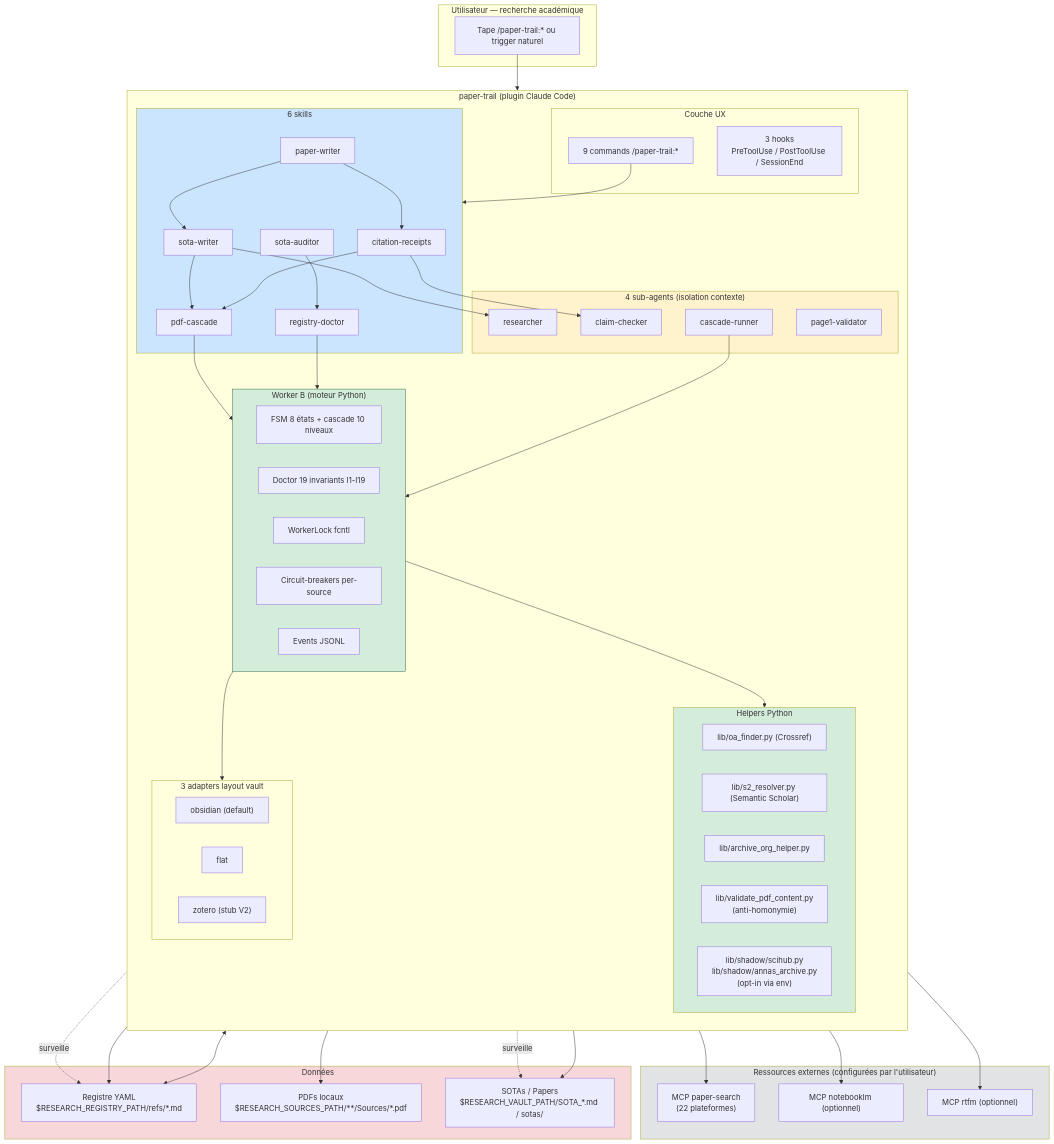
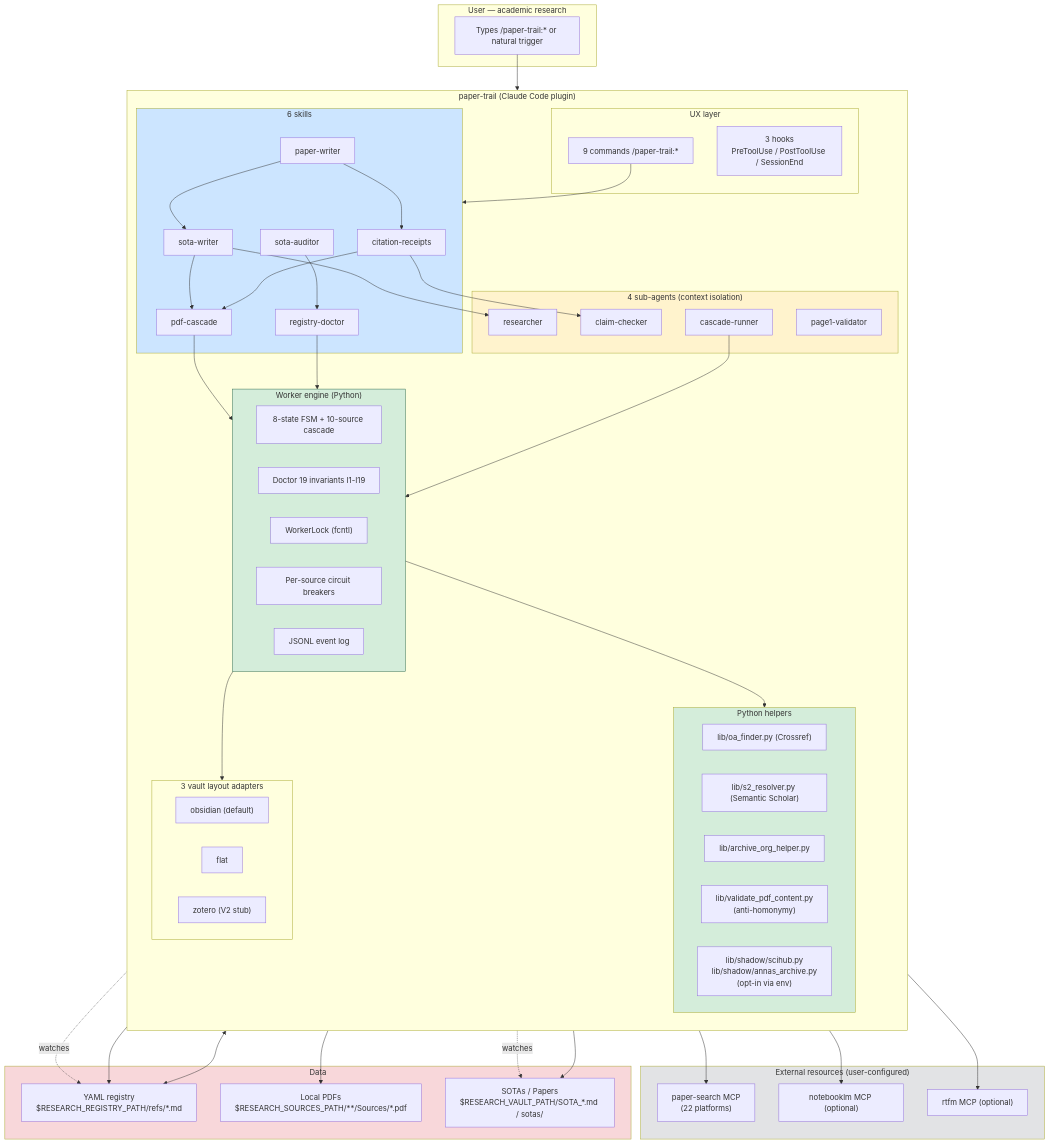
The first of 4 diagrams in docs/ARCHITECTURE.md (roomi-fields/paper-trail), drawn with Mermaid before and after one commit. The commit also changed other lines of this file and 11 other files, not shown here.

````diff
--- a/docs/ARCHITECTURE.md
+++ b/docs/ARCHITECTURE.md
@@ -7,13 +7,13 @@
 ```mermaid
 flowchart TB
-    subgraph User["Utilisateur — recherche académique"]
-        U["Tape /paper-trail:* ou trigger naturel"]
+    subgraph User["User — academic research"]
+        U["Types /paper-trail:* or natural trigger"]
     end
 
-    subgraph Plugin["paper-trail (plugin Claude Code)"]
+    subgraph Plugin["paper-trail (Claude Code plugin)"]
         direction TB
 
-        subgraph UX["Couche UX"]
+        subgraph UX["UX layer"]
             CMD["9 commands /paper-trail:*"]
             HOOKS["3 hooks<br/>PreToolUse / PostToolUse / SessionEnd"]
         end
@@ -27,52 +27,52 @@
             RD["registry-doctor"]
         end
 
-        subgraph Agents["4 sub-agents (isolation contexte)"]
+        subgraph Agents["4 sub-agents (context isolation)"]
             RES["researcher"]
             CC["claim-checker"]
             CR_AGENT["cascade-runner"]
             P1V["page1-validator"]
         end
 
-        subgraph WB["Worker B (moteur Python)"]
-            FSM["FSM 8 états + cascade 10 niveaux"]
+        subgraph WB["Worker engine (Python)"]
+            FSM["8-state FSM + 10-source cascade"]
             DOC["Doctor 19 invariants I1-I19"]
-            LOCK["WorkerLock fcntl"]
-            BREAK["Circuit-breakers per-source"]
-            EVT["Events JSONL"]
+            LOCK["WorkerLock (fcntl)"]
+            BREAK["Per-source circuit breakers"]
+            EVT["JSONL event log"]
         end
 
-        subgraph Lib["Helpers Python"]
+        subgraph Lib["Python helpers"]
             OA["lib/oa_finder.py (Crossref)"]
             S2["lib/s2_resolver.py (Semantic Scholar)"]
             AO["lib/archive_org_helper.py"]
-            VPC["lib/validate_pdf_content.py<br/>(anti-homonymie)"]
+            VPC["lib/validate_pdf_content.py<br/>(anti-homonymy)"]
             SHADOW["lib/shadow/scihub.py<br/>lib/shadow/annas_archive.py<br/>(opt-in via env)"]
         end
 
-        subgraph Adapt["3 adapters layout vault"]
+        subgraph Adapt["3 vault layout adapters"]
             OBS["obsidian (default)"]
             FLAT["flat"]
-            ZOT["zotero (stub V2)"]
+            ZOT["zotero (V2 stub)"]
         end
     end
 
-    subgraph External["Ressources externes (configurées par l'utilisateur)"]
-        MCP_PS["MCP paper-search<br/>(22 plateformes)"]
-        MCP_NB["MCP notebooklm (optionnel)"]
-        MCP_RTFM["MCP rtfm (optionnel)"]
+    subgraph External["External resources (user-configured)"]
+        MCP_PS["paper-search MCP<br/>(22 platforms)"]
+        MCP_NB["notebooklm MCP (optional)"]
+        MCP_RTFM["rtfm MCP (optional)"]
     end
 
-    subgraph Storage["Données"]
-        REG["Registre YAML<br/>$RESEARCH_REGISTRY_PATH/refs/*.md"]
-        PDFS["PDFs locaux<br/>$RESEARCH_SOURCES_PATH/**/Sources/*.pdf"]
+    subgraph Storage["Data"]
+        REG["YAML registry<br/>$RESEARCH_REGISTRY_PATH/refs/*.md"]
+        PDFS["Local PDFs<br/>$RESEARCH_SOURCES_PATH/**/Sources/*.pdf"]
         SOTAS["SOTAs / Papers<br/>$RESEARCH_VAULT_PATH/SOTA_*.md / sotas/"]
     end
 
     U --> CMD
     CMD --> Skills
-    HOOKS -.surveille.-> SOTAS
-    HOOKS -.surveille.-> REG
+    HOOKS -.watches.-> SOTAS
+    HOOKS -.watches.-> REG
 
     SW --> RES
     SW --> PC
````
